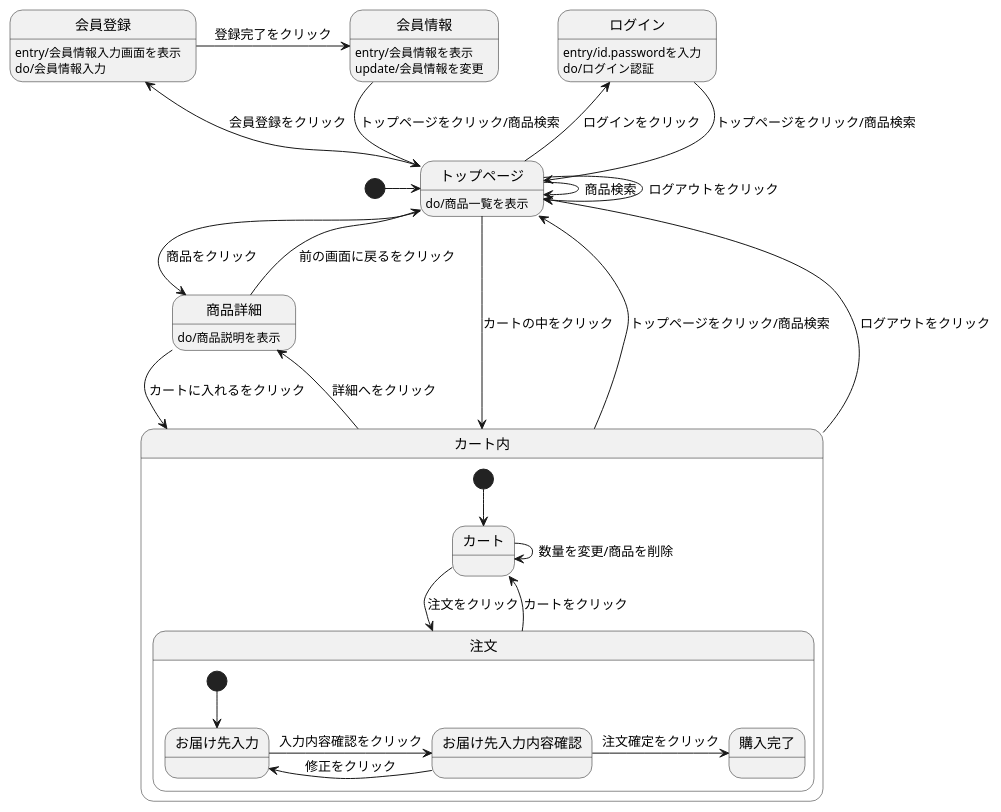
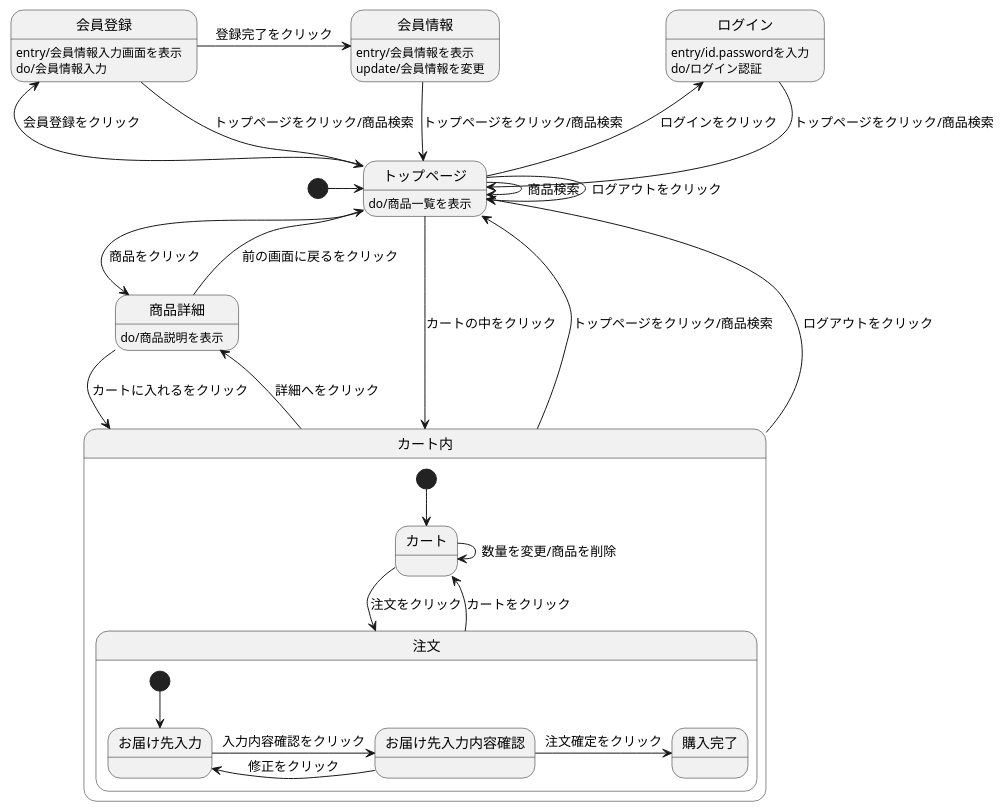
Before and after one commit to Aso2001027/2021sys-design: the diagram in shopping1.md, drawn with PlantUML.

````diff
--- a/shopping1.md
+++ b/shopping1.md
@@ -1,40 +1,41 @@
 ```uml
 @startuml
 [*] -> トップページ
 会員情報 --> トップページ : トップページをクリック/商品検索
 ログイン --> トップページ : トップページをクリック/商品検索
 ログイン : entry/id.passwordを入力
 ログイン : do/ログイン認証
 会員登録 -> 会員情報 : 登録完了をクリック
+会員登録 --> トップページ : トップページをクリック/商品検索
 会員登録 : entry/会員情報入力画面を表示
 会員登録 : do/会員情報入力
 会員情報 : entry/会員情報を表示
 会員情報 : update/会員情報を変更
 トップページ --> トップページ : ログアウトをクリック
 トップページ -> トップページ : 商品検索
 トップページ -> 商品詳細 : 商品をクリック
 トップページ -left-> 会員登録 : 会員登録をクリック
 トップページ -left-> ログイン : ログインをクリック
 トップページ --> カート内 : カートの中をクリック
 トップページ : do/商品一覧を表示
 商品詳細 --> カート内 : カートに入れるをクリック
 商品詳細 --> トップページ : 前の画面に戻るをクリック
 商品詳細 : do/商品説明を表示
 カート内 -up-> トップページ : トップページをクリック/商品検索
 カート内 -up-> トップページ : ログアウトをクリック
 カート内 -> 商品詳細 : 詳細へをクリック
 
 state カート内{
 [*] --> カート
 カート -> 注文 : 注文をクリック
 カート -> カート : 数量を変更/商品を削除
 注文 --> カート : カートをクリック
 state 注文 {
 [*] --> お届け先入力
 お届け先入力 -> お届け先入力内容確認 : 入力内容確認をクリック
 お届け先入力内容確認 -> お届け先入力 : 修正をクリック
 お届け先入力内容確認 -> 購入完了 : 注文確定をクリック
   }
 }
 @enduml
 ```
````
